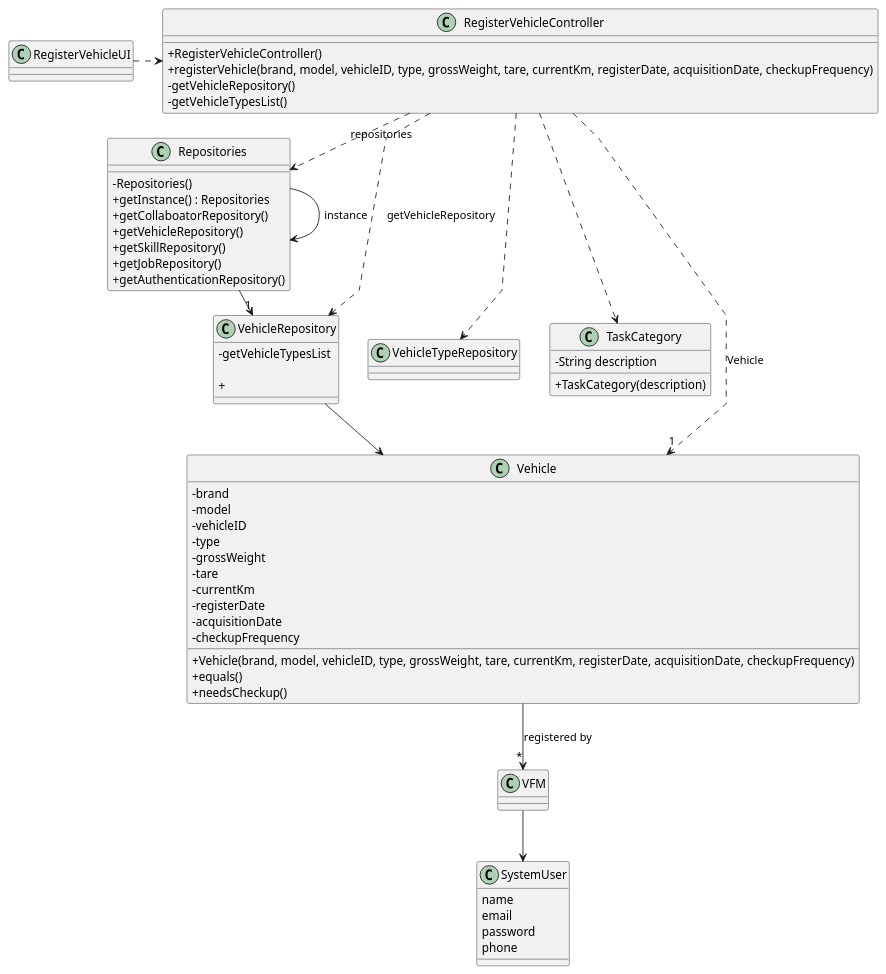
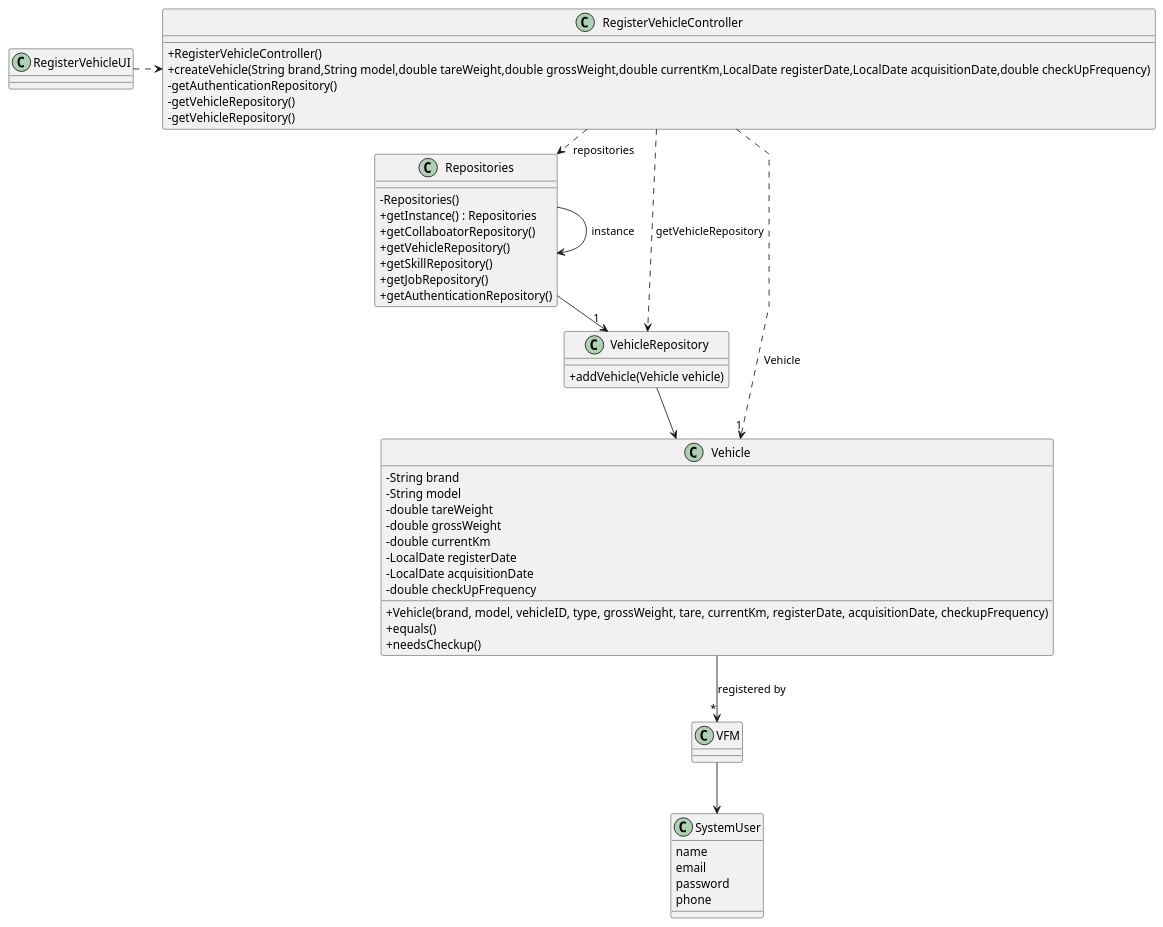
The diagram in docs/sprint B/us006/03.design/puml/us006-class-diagram.puml (Departamento-de-Engenharia-Informatica/lei-24-s2-1df-1de-g063), drawn with PlantUML before and after one commit. The commit also changed 1 other file, not shown here.

Commit message:
Class diagrams 1,3,6

```diff
--- a/docs/sprint B/us006/03.design/puml/us006-class-diagram.puml
+++ b/docs/sprint B/us006/03.design/puml/us006-class-diagram.puml
@@ -1,102 +1,85 @@
 @startuml
 'skinparam monochrome true
 skinparam packageStyle rectangle
 skinparam shadowing false
 skinparam linetype polyline
 'skinparam linetype orto
 
 skinparam classAttributeIconSize 0
 
 'left to right direction
 
-
-
-class VehicleTypeRepository{
-}
-
 class VFM {
 }
 
 class SystemUser {
     name
     email
     password
     phone
 }
 
-class TaskCategory {
-    - String description
-
-    + TaskCategory(description)
-}
-
 class Vehicle {
-    - brand
-    - model
-    - vehicleID
-    - type
-    - grossWeight
-    - tare
-    - currentKm
-    - registerDate
-    - acquisitionDate
-    - checkupFrequency
+    -String brand
+    -String model
+    -double tareWeight
+    -double grossWeight
+    -double currentKm
+    -LocalDate registerDate
+    -LocalDate acquisitionDate
+    -double checkUpFrequency
 
     + Vehicle(brand, model, vehicleID, type, grossWeight, tare, currentKm, registerDate, acquisitionDate, checkupFrequency)
     + equals()
     + needsCheckup()
 
 
 '  +saveTask(task)
 }
 
 class VehicleRepository {
-    -getVehicleTypesList
 
-    +
+
+    +addVehicle(Vehicle vehicle)
 }
-
 class Repositories {
     - Repositories()
     + getInstance() : Repositories
     + getCollaboatorRepository()
     + getVehicleRepository()
     + getSkillRepository()
     + getJobRepository()
     + getAuthenticationRepository()
 
 }
 
 class RegisterVehicleController {
     + RegisterVehicleController()
-    + registerVehicle(brand, model, vehicleID, type, grossWeight, tare, currentKm, registerDate, acquisitionDate, checkupFrequency)
+    + createVehicle(String brand,String model,double tareWeight,double grossWeight,double currentKm,LocalDate registerDate,LocalDate acquisitionDate,double checkUpFrequency)
+    - getAuthenticationRepository()
     - getVehicleRepository()
-    - getVehicleTypesList()
+    - getVehicleRepository()
 }
 
 
 
 Repositories -> Repositories : instance
 
 
 RegisterVehicleUI .> RegisterVehicleController
 
 RegisterVehicleController .> Repositories : repositories
 
 Repositories -> "1" VehicleRepository
 
-RegisterVehicleController ..> TaskCategory
-
 RegisterVehicleController ..> VehicleRepository : getVehicleRepository
 
 RegisterVehicleController..> "1" Vehicle : Vehicle
-
-RegisterVehicleController ..> VehicleTypeRepository
 
 VehicleRepository --> Vehicle
 
 VFM --> SystemUser
 
 Vehicle --> "*" VFM : registered by
 
 @enduml
```
